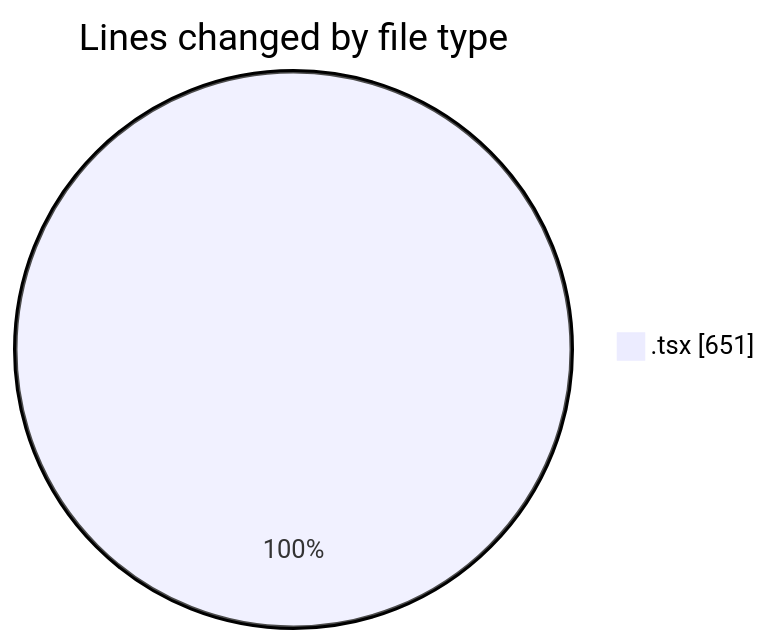
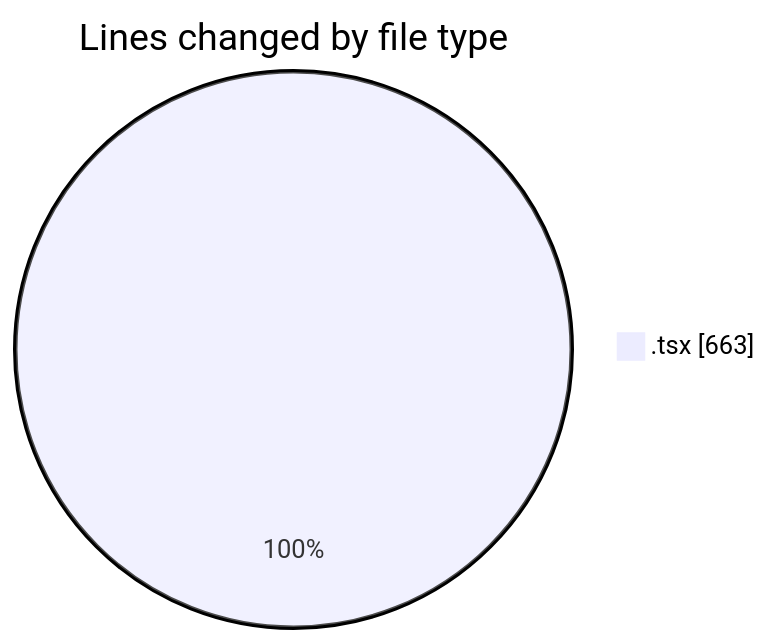
The first of 2 diagrams in 2025-10-15/scopecraft/README.md (Ritupan-Deka/code-tracking), drawn with Mermaid before and after one commit. The commit also changed other lines of this file and 1 other file, not shown here.

````diff
--- a/2025-10-15/scopecraft/README.md
+++ b/2025-10-15/scopecraft/README.md
@@ -22,5 +22,5 @@
 ```mermaid
 pie showData
 title Lines changed by file type
-".tsx" : 651
+".tsx" : 663
 ```
````
